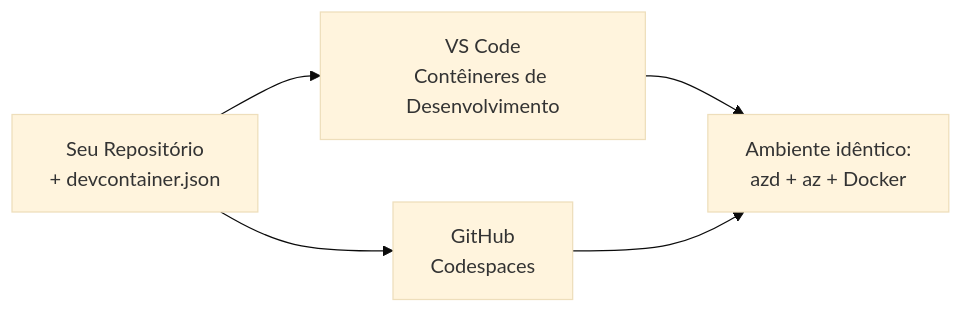
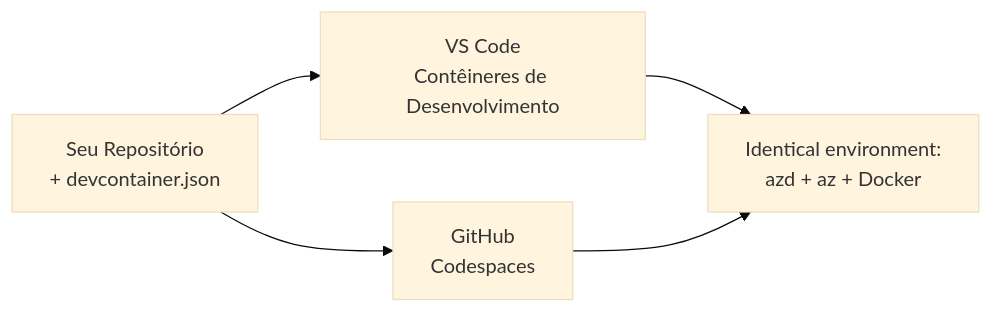
Before and after one commit to microsoft/AZD-for-beginners: the diagram in translations/pt-BR/docs/chapter-01-foundation/dev-containers.md, drawn with Mermaid (base theme). The commit also changed other lines of this file and 59 other files, not shown here.

````diff
--- a/translations/pt-BR/docs/chapter-01-foundation/dev-containers.md
+++ b/translations/pt-BR/docs/chapter-01-foundation/dev-containers.md
@@ -41,7 +41,7 @@
 ```mermaid
 graph LR
     Repo[Seu Repositório<br/>+ devcontainer.json] --> VSCode[VS Code<br/>Contêineres de Desenvolvimento]
     Repo --> Codespaces[GitHub<br/>Codespaces]
-    VSCode --> Env[Ambiente idêntico:<br/>azd + az + Docker]
+    VSCode --> Env[Identical environment:<br/>azd + az + Docker]
     Codespaces --> Env
 ```
````
